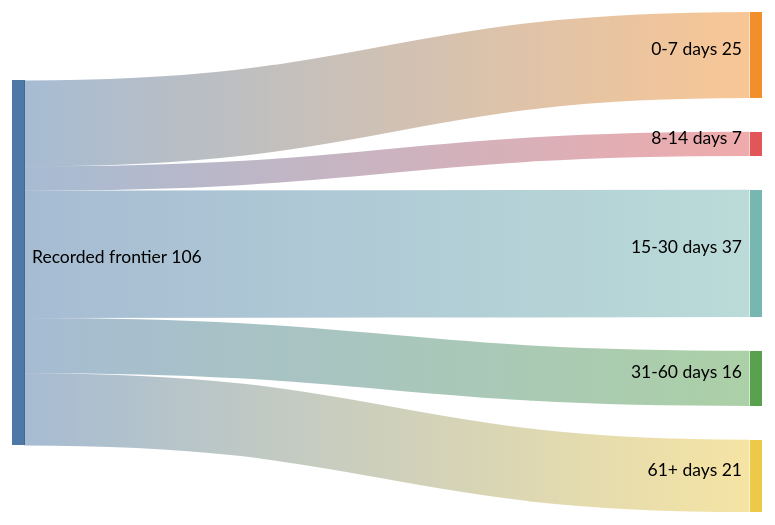
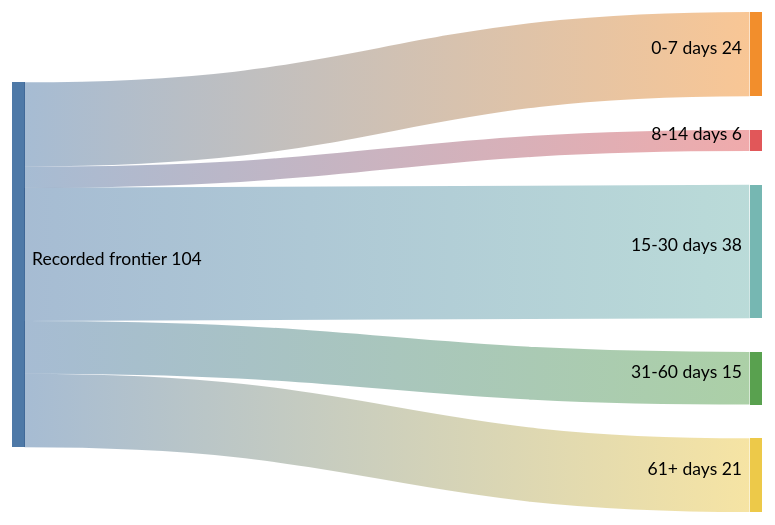
One commit to Armanasq/phd_tracker changed the diagram in docs/diagrams/horizon_sankey.mmd. Above: the diagram before and after it, drawn with Mermaid (neutral theme). The commit also changed 39 other files, not shown here.

```diff
--- a/docs/diagrams/horizon_sankey.mmd
+++ b/docs/diagrams/horizon_sankey.mmd
@@ -1,6 +1,6 @@
 sankey-beta
-Recorded frontier,0-7 days,25
-Recorded frontier,8-14 days,7
-Recorded frontier,15-30 days,37
-Recorded frontier,31-60 days,16
+Recorded frontier,0-7 days,24
+Recorded frontier,8-14 days,6
+Recorded frontier,15-30 days,38
+Recorded frontier,31-60 days,15
 Recorded frontier,61+ days,21
```
